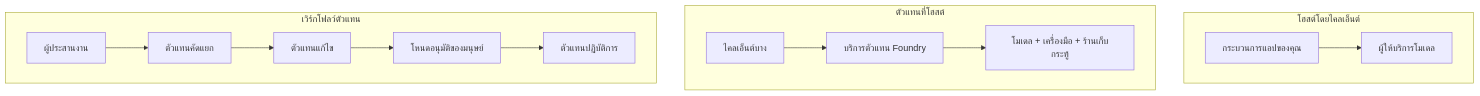
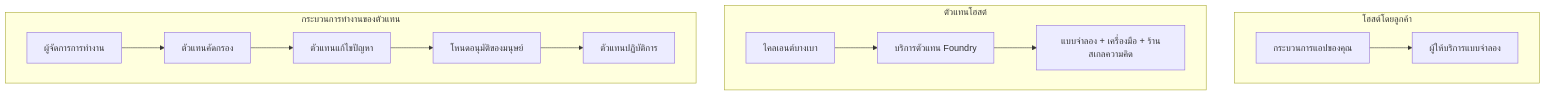
Before and after one commit to gabrielmoreira/agent-skills-mirror: the first of 4 diagrams in mirrors/repos/microsoft@ai-agents-for-beginners/translations/th/16-deploying-scalable-agents/README.md, drawn with Mermaid. The commit also changed other lines of this file and 4262 other files, not shown here.

````diff
--- a/mirrors/repos/microsoft@ai-agents-for-beginners/translations/th/16-deploying-scalable-agents/README.md
+++ b/mirrors/repos/microsoft@ai-agents-for-beginners/translations/th/16-deploying-scalable-agents/README.md
@@ -87,16 +87,16 @@
 ```mermaid
 flowchart TB
-    subgraph P1[โฮสต์โดยไคลเอ็นต์]
-        A1[กระบวนการแอปของคุณ] --> M1[ผู้ให้บริการโมเดล]
+    subgraph P1[โฮสต์โดยลูกค้า]
+        A1[กระบวนการแอปของคุณ] --> M1[ผู้ให้บริการแบบจำลอง]
     end
-    subgraph P2[ตัวแทนที่โฮสต์]
-        A2[ไคลเอ็นต์บาง] --> F2[บริการตัวแทน Foundry]
-        F2 --> M2[โมเดล + เครื่องมือ + ร้านเก็บกระทู้]
+    subgraph P2[ตัวแทนโฮสต์]
+        A2[ไคลเอนต์บางเบา] --> F2[บริการตัวแทน Foundry]
+        F2 --> M2[แบบจำลอง + เครื่องมือ + ร้านสเกลความคิด]
     end
-    subgraph P3[เวิร์กโฟลว์ตัวแทน]
-        A3[ผู้ประสานงาน] --> S1[ตัวแทนคัดแยก]
-        S1 --> S2[ตัวแทนแก้ไข]
+    subgraph P3[กระบวนการทำงานของตัวแทน]
+        A3[ผู้จัดการการทำงาน] --> S1[ตัวแทนคัดกรอง]
+        S1 --> S2[ตัวแทนแก้ไขปัญหา]
         S2 --> H[โหนดอนุมัติของมนุษย์]
         H --> S3[ตัวแทนปฏิบัติการ]
     end
 ```
````
